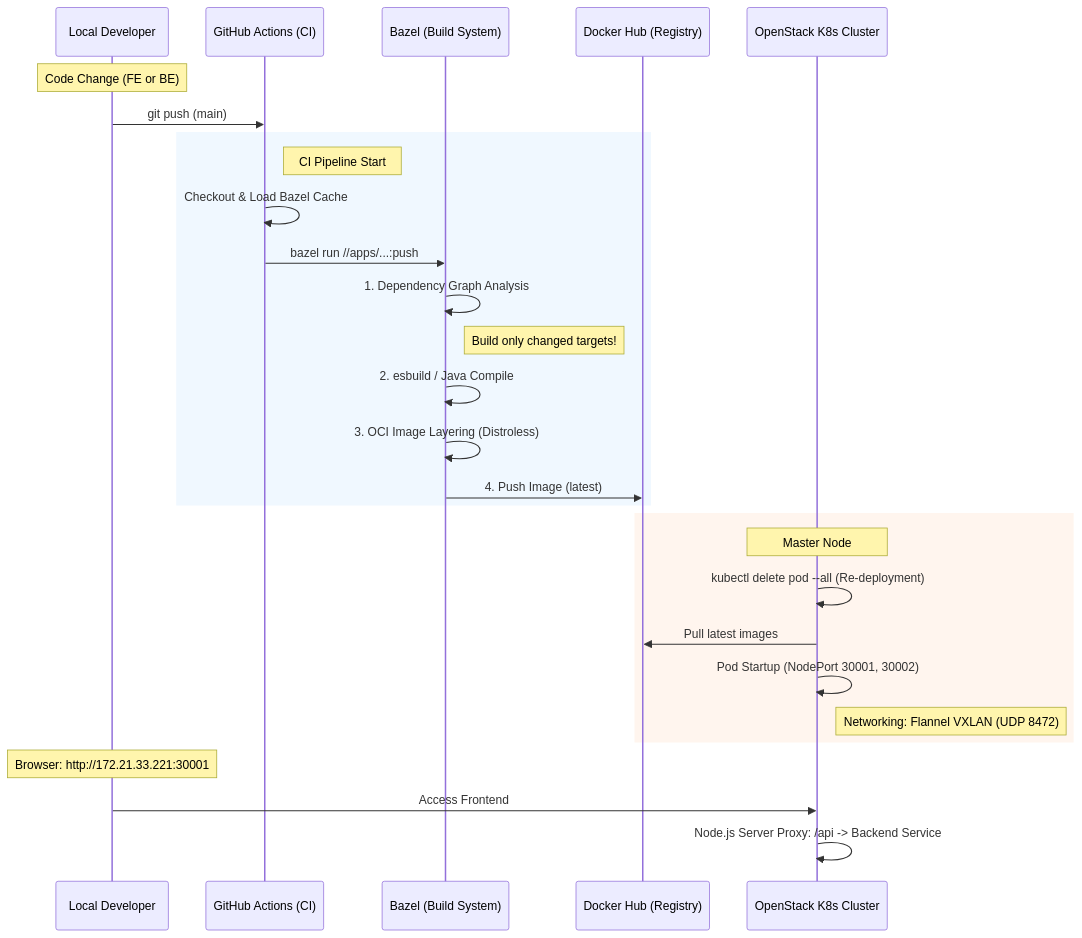
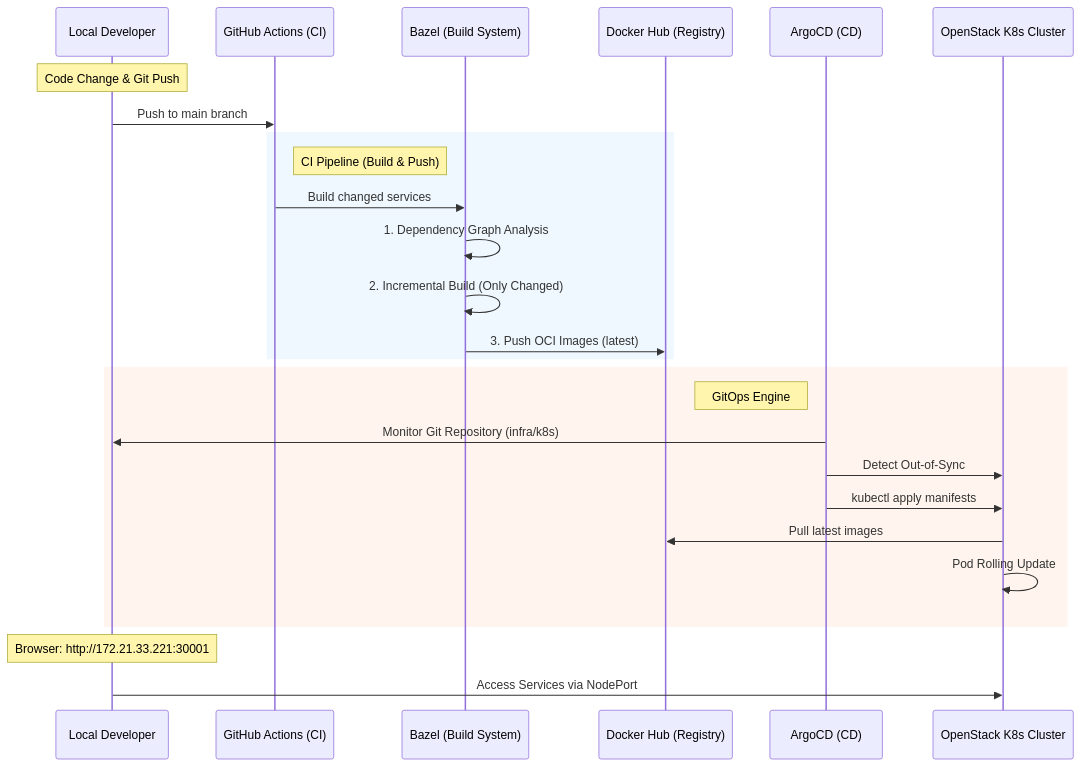
The diagram in monorepo-conclusion.md (song-dela-moon/Hangang-Flow), drawn with Mermaid before and after one commit. The commit also changed other lines of this file and 3 other files, not shown here.

````diff
--- a/monorepo-conclusion.md
+++ b/monorepo-conclusion.md
@@ -14,34 +10,32 @@
 ```mermaid
 sequenceDiagram
     participant Dev as Local Developer
     participant GH as GitHub Actions (CI)
     participant BZ as Bazel (Build System)
     participant DH as Docker Hub (Registry)
+    participant AG as ArgoCD (CD)
     participant K8s as OpenStack K8s Cluster
 
-    Note over Dev: Code Change (FE or BE)
-    Dev->>GH: git push (main)
+    Note over Dev: Code Change & Git Push
+    Dev->>GH: Push to main branch
     
     rect rgb(240, 248, 255)
-        Note right of GH: CI Pipeline Start
-        GH->>GH: Checkout & Load Bazel Cache
-        GH->>BZ: bazel run //apps/...:push
+        Note right of GH: CI Pipeline (Build & Push)
+        GH->>BZ: Build changed services
         BZ->>BZ: 1. Dependency Graph Analysis
-        Note right of BZ: Build only changed targets!
-        BZ->>BZ: 2. esbuild / Java Compile
-        BZ->>BZ: 3. OCI Image Layering (Distroless)
-        BZ->>DH: 4. Push Image (latest)
+        BZ->>BZ: 2. Incremental Build (Only Changed)
+        BZ->>DH: 3. Push OCI Images (latest)
     end
 
     rect rgb(255, 245, 238)
-        Note over K8s: Master Node
-        K8s->>K8s: kubectl delete pod --all (Re-deployment)
+        Note left of AG: GitOps Engine
+        AG->>Dev: Monitor Git Repository (infra/k8s)
+        AG->>K8s: Detect Out-of-Sync
+        AG->>K8s: kubectl apply manifests
         K8s->>DH: Pull latest images
-        K8s->>K8s: Pod Startup (NodePort 30001, 30002)
-        Note right of K8s: Networking: Flannel VXLAN (UDP 8472)
+        K8s->>K8s: Pod Rolling Update
     end
 
     Note over Dev: Browser: http://172.21.33.221:30001
-    Dev->>K8s: Access Frontend
-    K8s->>K8s: Node.js Server Proxy: /api -> Backend Service
+    Dev->>K8s: Access Services via NodePort
 ```
````
